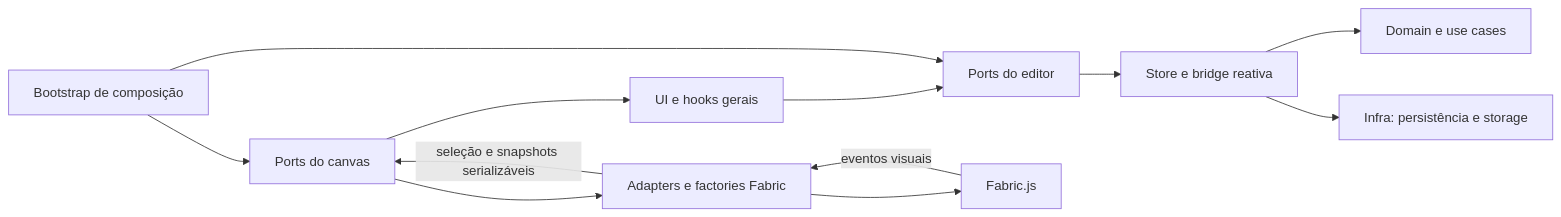
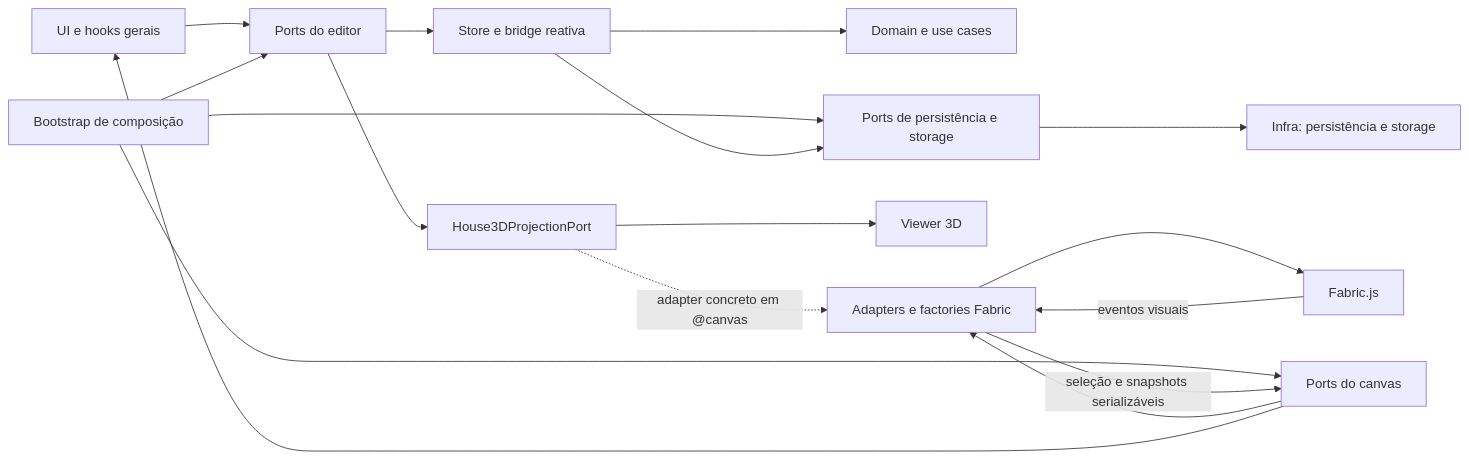
Before and after one commit to desiderati/rac-designer-teto: the diagram in docs/engineering-playbook/PLAY-006-ports-and-adapters.md, drawn with Mermaid. The commit also changed other lines of this file and 11 other files, not shown here.

````diff
--- a/docs/engineering-playbook/PLAY-006-ports-and-adapters.md
+++ b/docs/engineering-playbook/PLAY-006-ports-and-adapters.md
@@ -100,23 +104,31 @@
 ```mermaid
 flowchart LR
     UI["UI e hooks gerais"]
     Ports["Ports do editor"]
     Store["Store e bridge reativa"]
     Domain["Domain e use cases"]
     Bootstrap["Bootstrap de composição"]
     CanvasPorts["Ports do canvas"]
     FabricAdapters["Adapters e factories Fabric"]
     Fabric["Fabric.js"]
+    Projection3D["House3DProjectionPort"]
+    Viewer3D["Viewer 3D"]
+    InfraPorts["Ports de persistência e storage"]
     Infra["Infra: persistência e storage"]
     UI --> Ports
     Ports --> Store
     Store --> Domain
     Bootstrap --> Ports
     Bootstrap --> CanvasPorts
+    Bootstrap --> InfraPorts
     CanvasPorts --> FabricAdapters
     FabricAdapters --> Fabric
-    Store --> Infra
+    Store --> InfraPorts
+    InfraPorts --> Infra
+    Ports --> Projection3D
+    Projection3D --> Viewer3D
+    Projection3D -.->|"adapter concreto em @canvas"| FabricAdapters
     Fabric -- " eventos visuais " --> FabricAdapters
     FabricAdapters -- " seleção e snapshots serializáveis " --> CanvasPorts
     CanvasPorts --> UI
 ```
````
